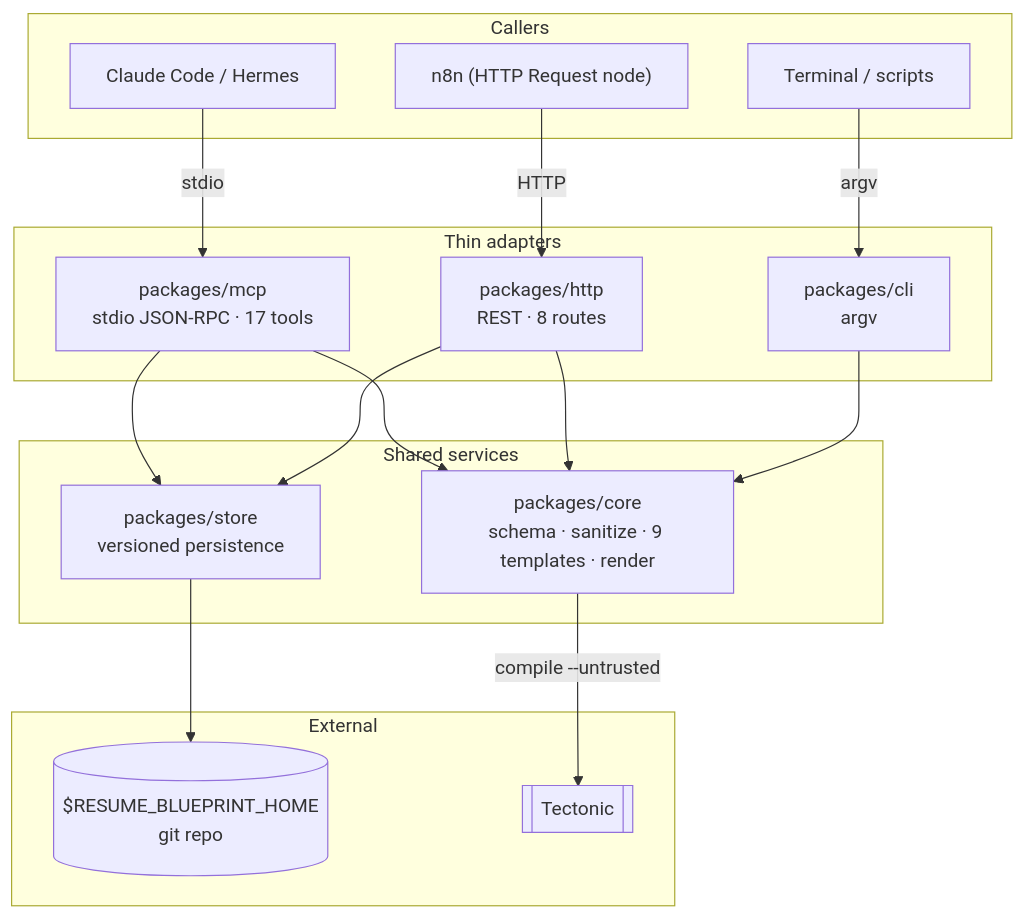
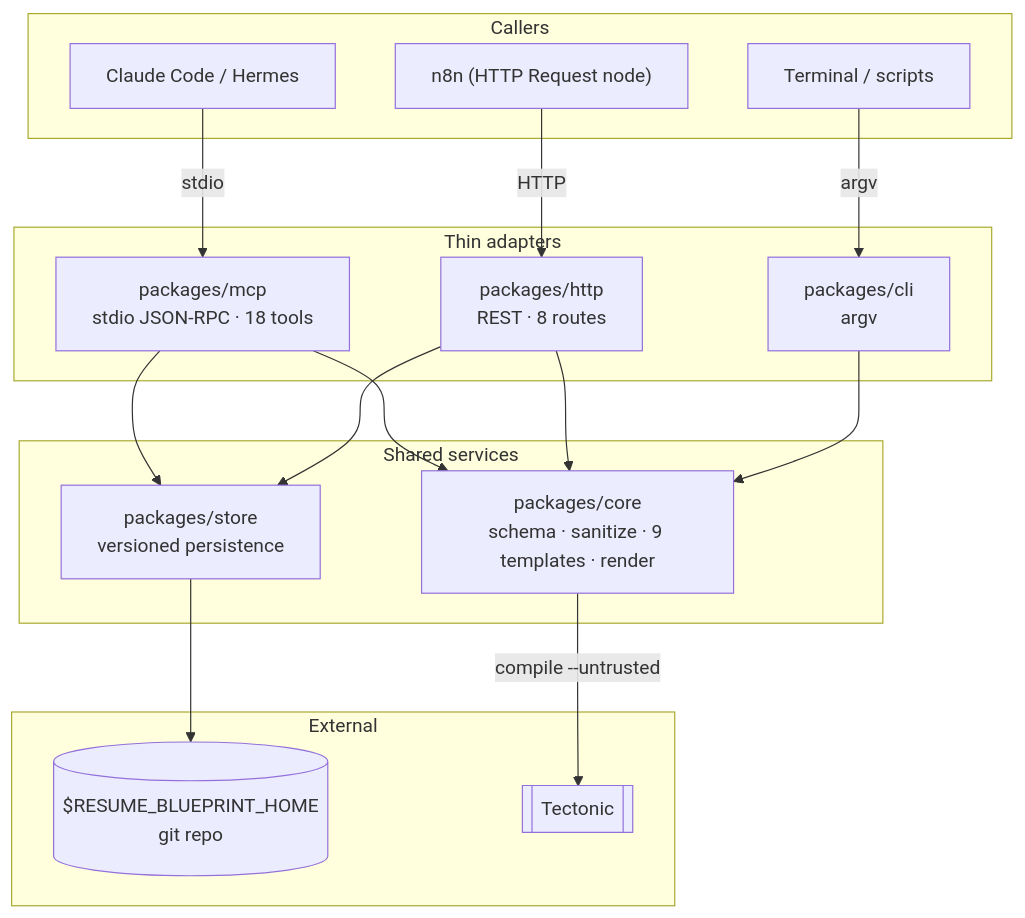
One commit to kekcoke/resume-blueprint changed the first of 2 diagrams in README.md. Above: the diagram before and after it, drawn with Mermaid. The commit also changed other lines of this file, not shown here.

````diff
--- a/README.md
+++ b/README.md
@@ -227,37 +279,37 @@
 ```mermaid
 flowchart TB
     subgraph Callers["Callers"]
         A1["Claude Code / Hermes"]
         A2["n8n (HTTP Request node)"]
         A3["Terminal / scripts"]
     end
 
     subgraph Interfaces["Thin adapters"]
-        MCP["packages/mcp<br/>stdio JSON-RPC · 17 tools"]
+        MCP["packages/mcp<br/>stdio JSON-RPC · 18 tools"]
         HTTP["packages/http<br/>REST · 8 routes"]
         CLI["packages/cli<br/>argv"]
     end
 
     subgraph Services["Shared services"]
         STORE["packages/store<br/>versioned persistence"]
         CORE["packages/core<br/>schema · sanitize · 9 templates · render"]
     end
 
     subgraph External["External"]
         GIT[("$RESUME_BLUEPRINT_HOME<br/>git repo")]
         TEX[["Tectonic"]]
     end
 
     A1 -- stdio --> MCP
     A2 -- HTTP --> HTTP
     A3 -- argv --> CLI
 
     MCP --> STORE
     MCP --> CORE
     HTTP --> STORE
     HTTP --> CORE
     CLI --> CORE
 
     STORE --> GIT
     CORE -- "compile --untrusted" --> TEX
 ```
````
